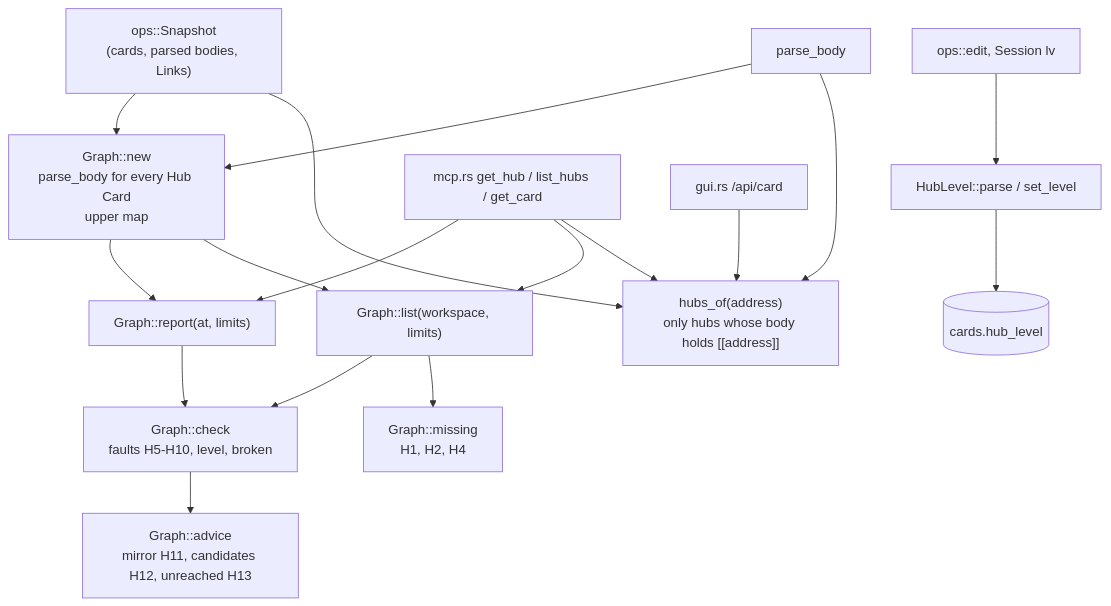
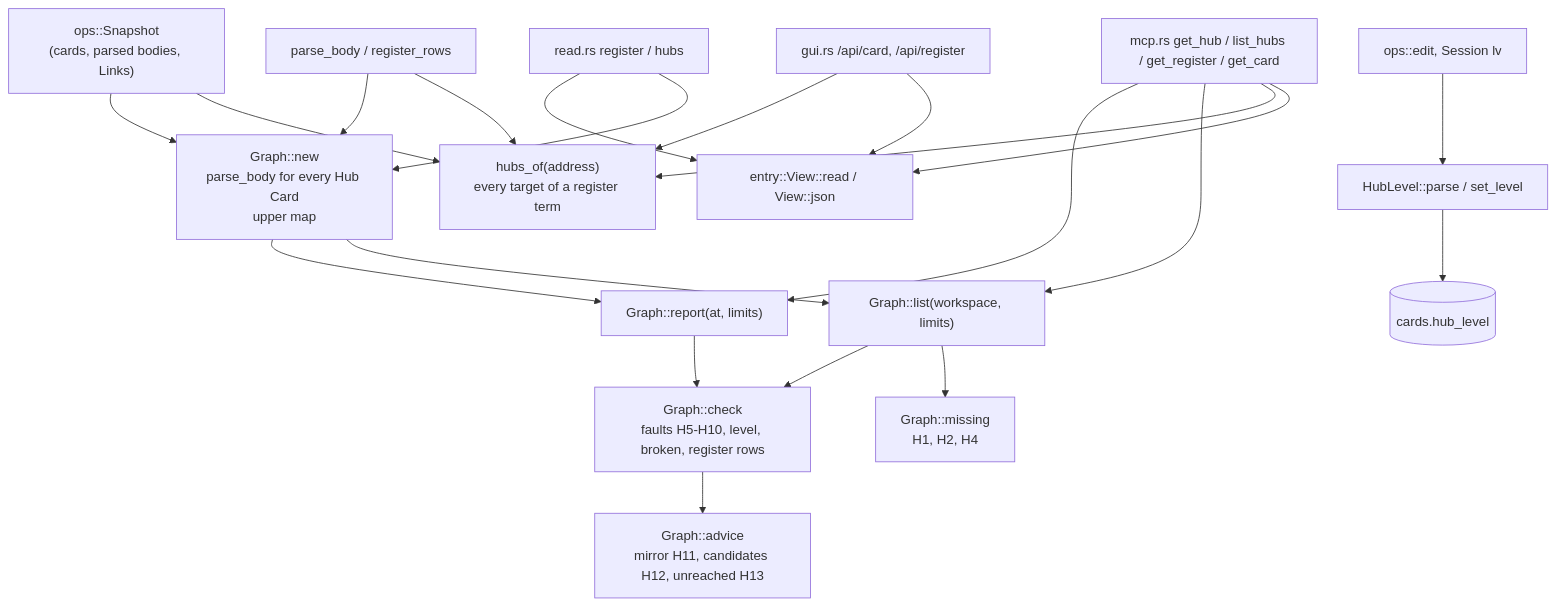
The diagram in docs/wiki/hub-cards.md (liudesheng9/zet), drawn with Mermaid before and after one commit. The commit also changed other lines of this file and 19 other files, not shown here.

First line of the commit message:
Read a concept register's substantive entries (#101)

````diff
--- a/docs/wiki/hub-cards.md
+++ b/docs/wiki/hub-cards.md
@@ -55,19 +67,23 @@
 ```mermaid
 flowchart TD
   S["ops::Snapshot<br/>(cards, parsed bodies, Links)"] --> G["Graph::new<br/>parse_body for every Hub Card<br/>upper map"]
-  S --> HO["hubs_of(address)<br/>only hubs whose body holds [[address]]"]
+  S --> HO["hubs_of(address)<br/>every target of a register term"]
   G --> R["Graph::report(at, limits)"]
   G --> L["Graph::list(workspace, limits)"]
-  R --> C["Graph::check<br/>faults H5-H10, level, broken"]
+  R --> C["Graph::check<br/>faults H5-H10, level, broken, register rows"]
   L --> C
   C --> A["Graph::advice<br/>mirror H11, candidates H12, unreached H13"]
   L --> M["Graph::missing<br/>H1, H2, H4"]
-  P["parse_body"] --> G
+  P["parse_body / register_rows"] --> G
   P --> HO
   LV["HubLevel::parse / set_level"] --> DB[("cards.hub_level")]
-  MCP["mcp.rs get_hub / list_hubs / get_card"] --> R
+  MCP["mcp.rs get_hub / list_hubs / get_register / get_card"] --> R
   MCP --> L
   MCP --> HO
-  GUI["gui.rs /api/card"] --> HO
+  MCP --> E["entry::View::read / View::json"]
+  GUI["gui.rs /api/card, /api/register"] --> HO
+  GUI --> E
+  RD["read.rs register / hubs"] --> E
+  RD --> G
   OPS["ops::edit, Session lv"] --> LV
 ```
````
